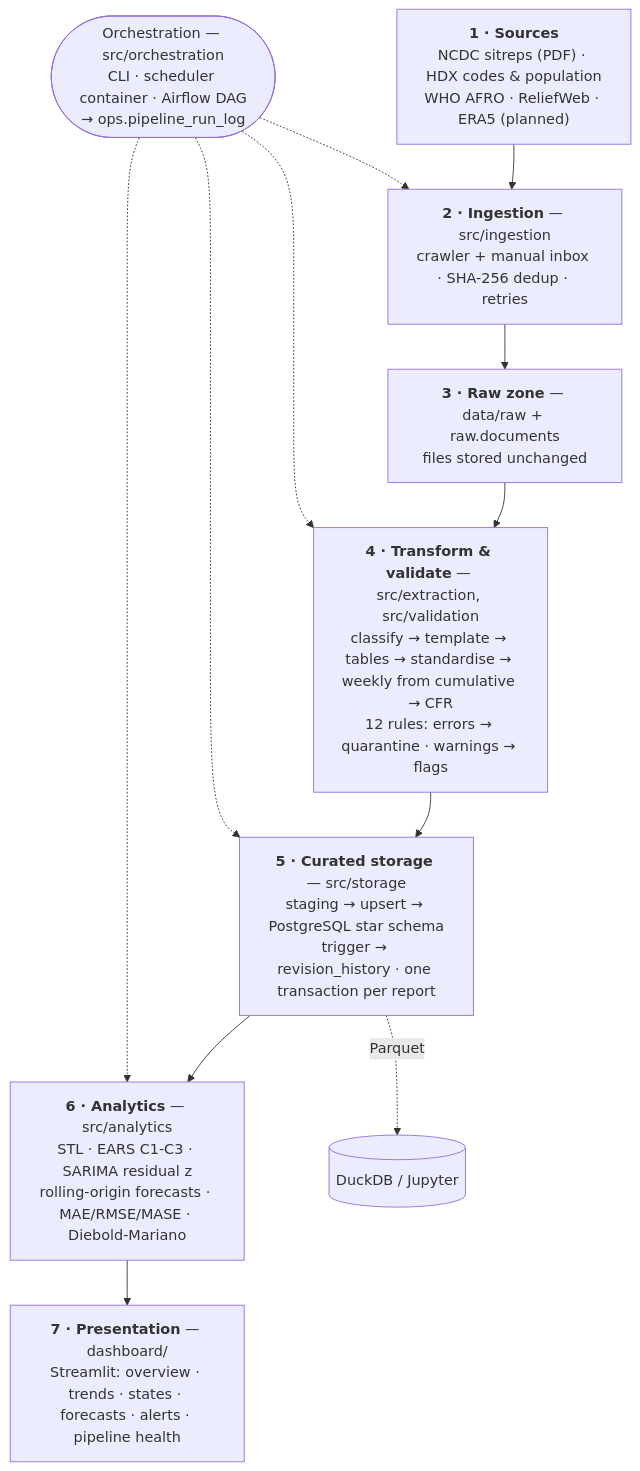
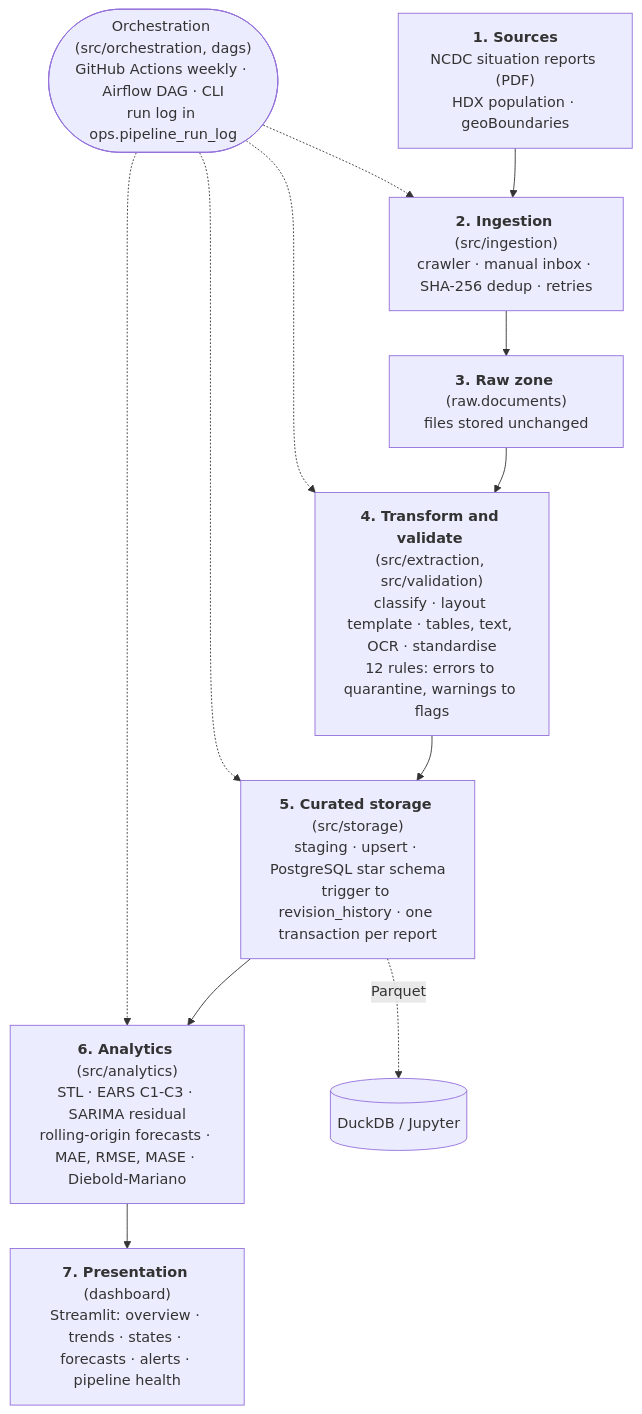
The first of 2 diagrams in README.md (Collinsthe4th/infectious-disease-data-pipeline), drawn with Mermaid before and after one commit. The commit also changed other lines of this file and 2 other files, not shown here.

````diff
--- a/README.md
+++ b/README.md
@@ -48,14 +73,14 @@
 ```mermaid
 flowchart TD
-    S["<b>1 · Sources</b><br/>NCDC sitreps (PDF) · HDX codes & population<br/>WHO AFRO · ReliefWeb · ERA5 (planned)"]
-    I["<b>2 · Ingestion</b> — src/ingestion<br/>crawler + manual inbox · SHA-256 dedup · retries"]
-    R["<b>3 · Raw zone</b> — data/raw + raw.documents<br/>files stored unchanged"]
-    T["<b>4 · Transform & validate</b> — src/extraction, src/validation<br/>classify → template → tables → standardise → weekly from cumulative → CFR<br/>12 rules: errors → quarantine · warnings → flags"]
-    C["<b>5 · Curated storage</b> — src/storage<br/>staging → upsert → PostgreSQL star schema<br/>trigger → revision_history · one transaction per report"]
-    A["<b>6 · Analytics</b> — src/analytics<br/>STL · EARS C1-C3 · SARIMA residual z<br/>rolling-origin forecasts · MAE/RMSE/MASE · Diebold-Mariano"]
-    P["<b>7 · Presentation</b> — dashboard/<br/>Streamlit: overview · trends · states · forecasts · alerts · pipeline health"]
-    O(["Orchestration — src/orchestration<br/>CLI · scheduler container · Airflow DAG<br/>→ ops.pipeline_run_log"])
+    S["<b>1. Sources</b><br/>NCDC situation reports (PDF)<br/>HDX population · geoBoundaries"]
+    I["<b>2. Ingestion</b> (src/ingestion)<br/>crawler · manual inbox · SHA-256 dedup · retries"]
+    R["<b>3. Raw zone</b> (raw.documents)<br/>files stored unchanged"]
+    T["<b>4. Transform and validate</b> (src/extraction, src/validation)<br/>classify · layout template · tables, text, OCR · standardise<br/>12 rules: errors to quarantine, warnings to flags"]
+    C["<b>5. Curated storage</b> (src/storage)<br/>staging · upsert · PostgreSQL star schema<br/>trigger to revision_history · one transaction per report"]
+    A["<b>6. Analytics</b> (src/analytics)<br/>STL · EARS C1-C3 · SARIMA residual<br/>rolling-origin forecasts · MAE, RMSE, MASE · Diebold-Mariano"]
+    P["<b>7. Presentation</b> (dashboard)<br/>Streamlit: overview · trends · states · forecasts · alerts · pipeline health"]
+    O(["Orchestration (src/orchestration, dags)<br/>GitHub Actions weekly · Airflow DAG · CLI<br/>run log in ops.pipeline_run_log"])
     S --> I --> R --> T --> C --> A --> P
     O -.-> I & T & C & A
     C -. Parquet .-> D[("DuckDB / Jupyter")]
 ```
````
